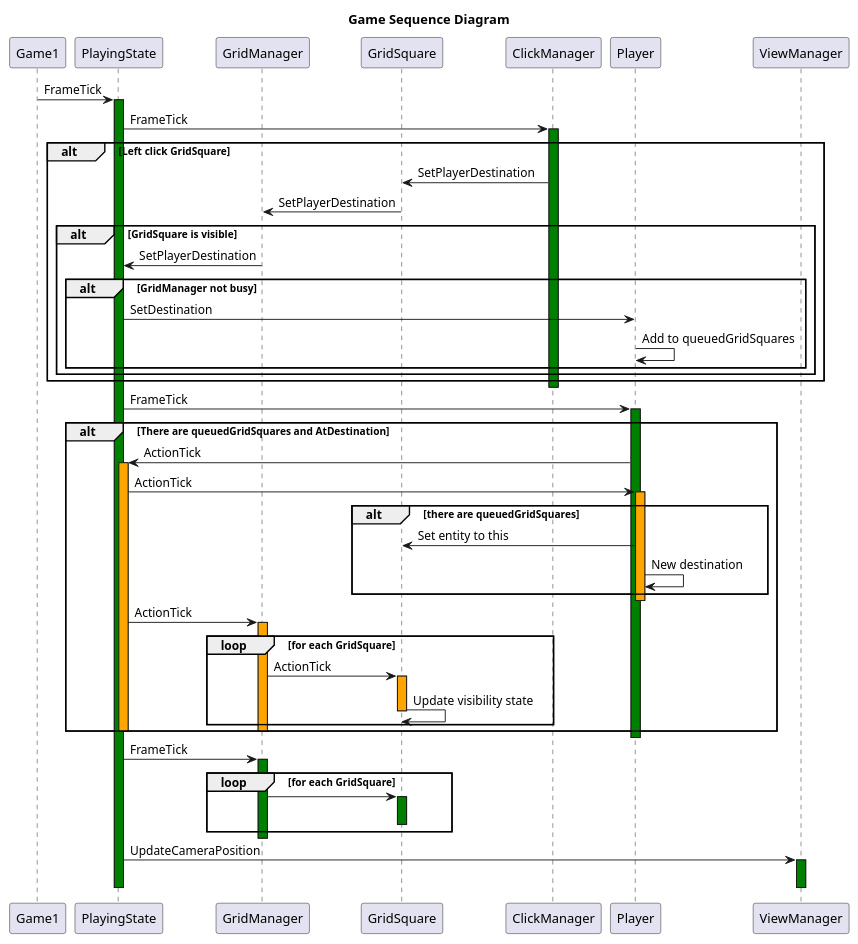
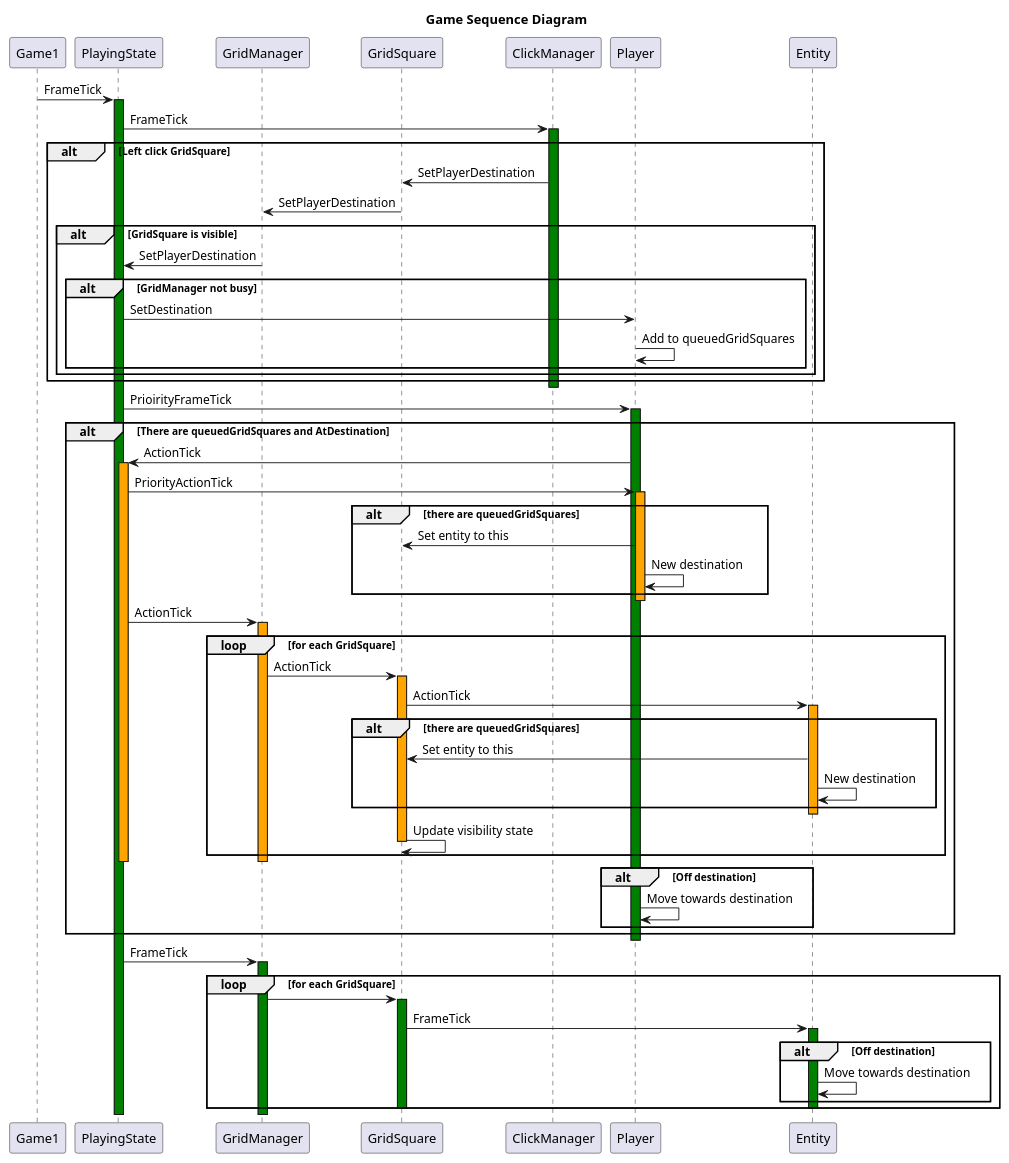
The diagram in docs/17-game-timing-diagram.puml (campbellmbrown/dungeon-crawler), drawn with PlantUML before and after one commit. The commit also changed 3 other files, not shown here.

Commit message:
17: Tidied up diagram

```diff
--- a/docs/17-game-timing-diagram.puml
+++ b/docs/17-game-timing-diagram.puml
@@ -1,67 +1,80 @@
 @startuml Game Sequence Diagram
 title Game Sequence Diagram
 
 participant Game1
 participant PlayingState
 participant GridManager
 participant GridSquare
+participant ClickManager
+participant Player
+participant Entity
 
 Game1 -> PlayingState : FrameTick
 activate PlayingState #Green
     PlayingState -> ClickManager : FrameTick
     activate ClickManager #Green
         alt Left click GridSquare
             ClickManager -> GridSquare : SetPlayerDestination
             GridSquare -> GridManager : SetPlayerDestination
             alt GridSquare is visible
             GridManager -> PlayingState : SetPlayerDestination
                 alt GridManager not busy
                     PlayingState -> Player : SetDestination
                     Player -> Player : Add to queuedGridSquares
                 end
             end
         end
     deactivate
 
-    PlayingState -> Player : FrameTick
+    PlayingState -> Player : PrioirityFrameTick
     activate Player #Green
         alt There are queuedGridSquares and AtDestination
             Player -> PlayingState : ActionTick
             activate PlayingState #Orange
-                PlayingState -> Player : ActionTick
+                PlayingState -> Player : PriorityActionTick
                 activate Player #Orange
                     alt there are queuedGridSquares
                         Player -> GridSquare : Set entity to this
                         Player -> Player : New destination
                     end
                 deactivate
                 PlayingState -> GridManager : ActionTick
                 activate GridManager #Orange
                     loop for each GridSquare
                         GridManager -> GridSquare : ActionTick
                         activate GridSquare #Orange
+                            GridSquare -> Entity : ActionTick
+                            activate Entity #Orange
+                                alt there are queuedGridSquares
+                                    Entity -> GridSquare : Set entity to this
+                                    Entity -> Entity : New destination
+                                end
+                            deactivate
                             GridSquare -> GridSquare : Update visibility state
                         deactivate
                     end
                 deactivate
             deactivate
+            alt Off destination
+                Player -> Player : Move towards destination
+            end
         end
     deactivate
 
     PlayingState -> GridManager : FrameTick
     activate GridManager #Green
         loop for each GridSquare
             GridManager -> GridSquare
             activate GridSquare #Green
-                
+                GridSquare -> Entity : FrameTick
+                activate Entity #Green
+                    alt Off destination
+                        Entity -> Entity : Move towards destination
+                    end
+                deactivate
             deactivate
         end
-    deactivate
-
-    PlayingState -> ViewManager : UpdateCameraPosition
-    activate ViewManager #Green
-
     deactivate
 deactivate
 
 @enduml
```
